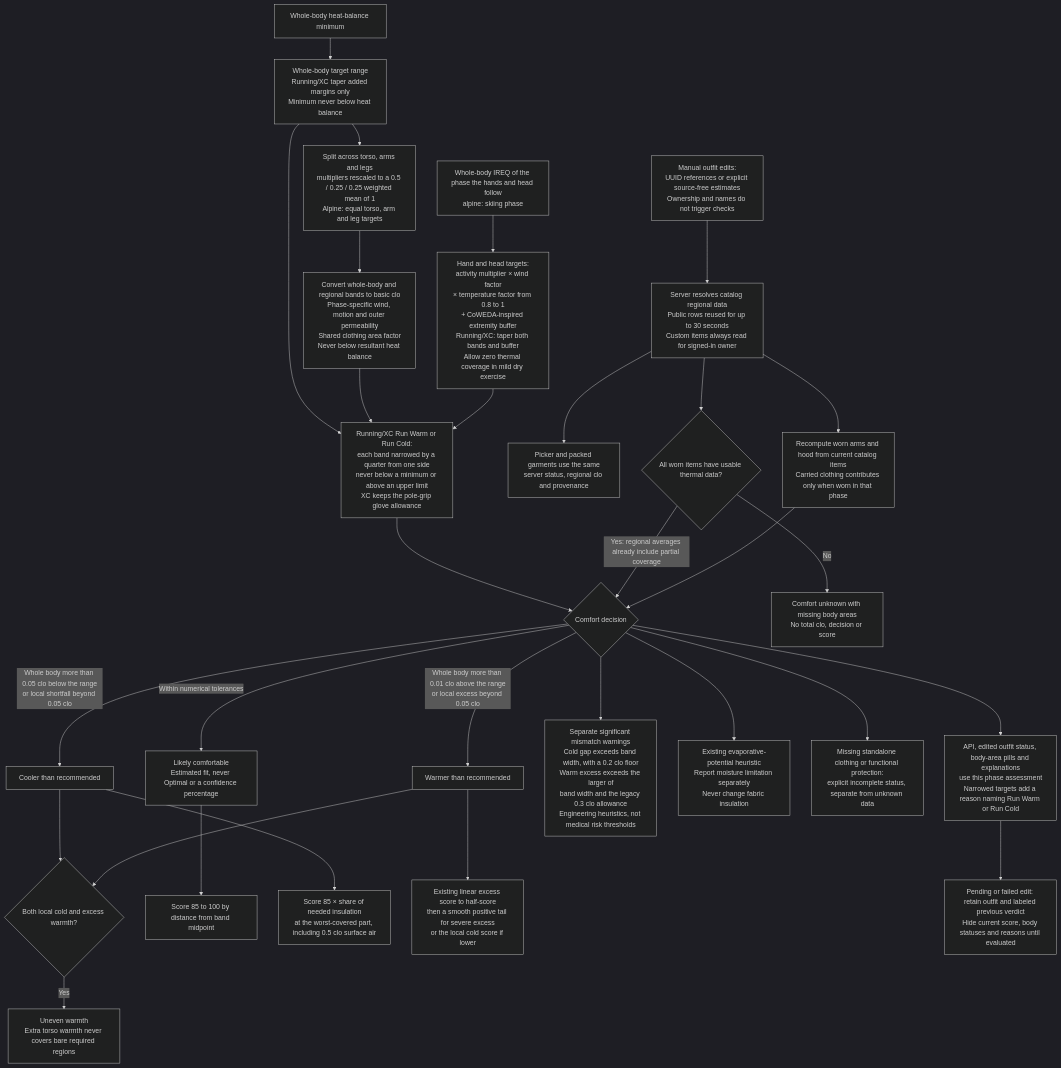
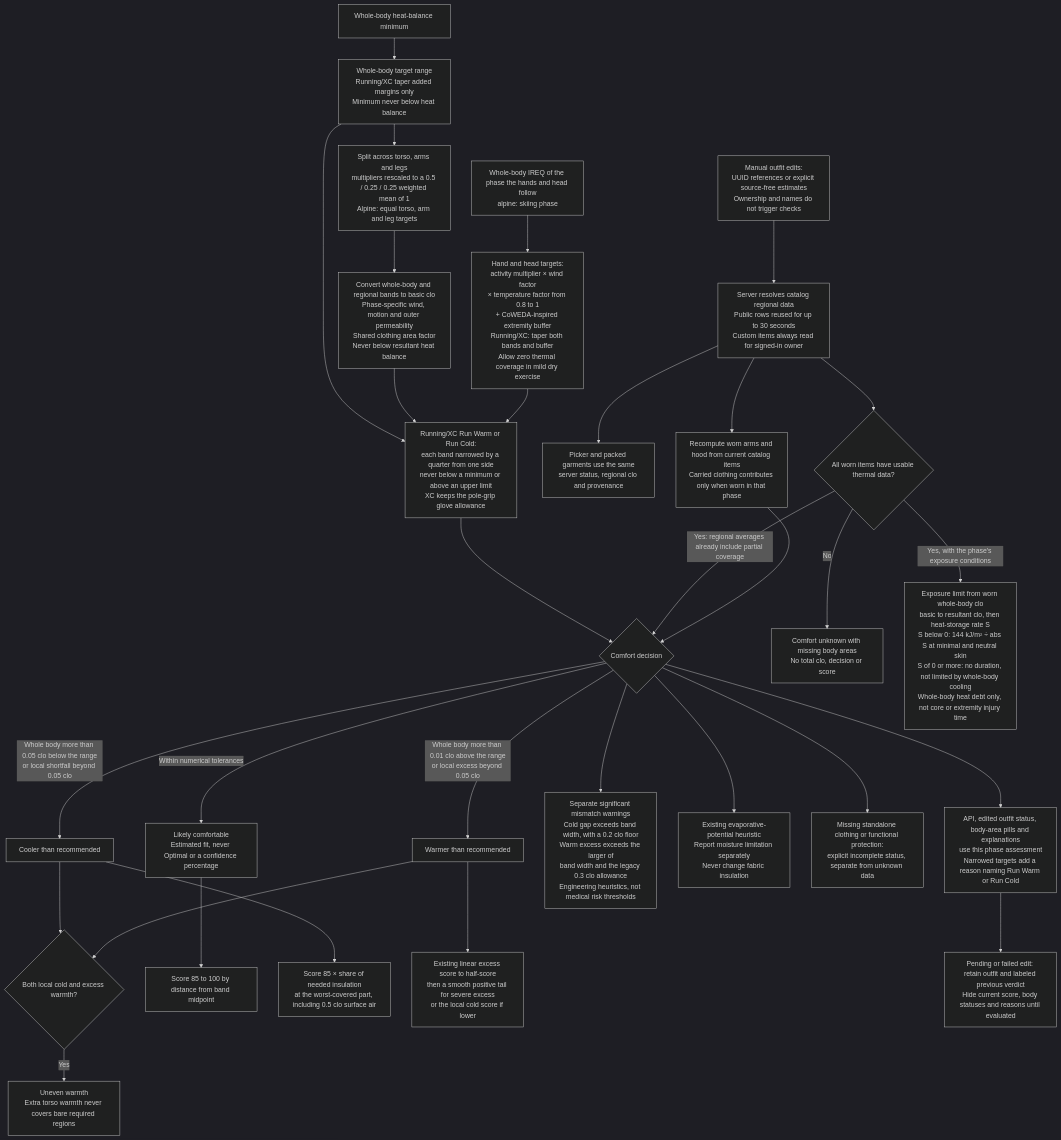
Before and after one commit to derobertsw/swttr: the seventh of 7 diagrams in README.md, drawn with Mermaid (dark theme). The commit also changed other lines of this file and 26 other files, not shown here.

````diff
--- a/README.md
+++ b/README.md
@@ -319,34 +323,35 @@
 ```mermaid
 graph TD
     BALANCE[Whole-body heat-balance minimum] --> RANGE[Whole-body target range<br/>Running/XC taper added margins only<br/>Minimum never below heat balance]
     RANGE --> SPLIT[Split across torso, arms and legs<br/>multipliers rescaled to a 0.5 / 0.25 / 0.25 weighted mean of 1<br/>Alpine: equal torso, arm and leg targets]
     SPLIT --> REG[Convert whole-body and regional bands to basic clo<br/>Phase-specific wind, motion and outer permeability<br/>Shared clothing area factor<br/>Never below resultant heat balance]
     PIREQ[Whole-body IREQ of the phase the hands and head follow<br/>alpine: skiing phase] --> EXT[Hand and head targets:<br/>activity multiplier × wind factor<br/>× temperature factor from 0.8 to 1<br/>+ CoWEDA-inspired extremity buffer<br/>Running/XC: taper both bands and buffer<br/>Allow zero thermal coverage in mild dry exercise]
 
     RANGE --> PREFBAND[Running/XC Run Warm or Run Cold:<br/>each band narrowed by a quarter from one side<br/>never below a minimum or above an upper limit<br/>XC keeps the pole-grip glove allowance]
     REG --> PREFBAND
     EXT --> PREFBAND
     PREFBAND --> DEC{Comfort decision}
     EDIT[Manual outfit edits:<br/>UUID references or explicit source-free estimates<br/>Ownership and names do not trigger checks] --> LOOKUP[Server resolves catalog regional data<br/>Public rows reused for up to 30 seconds<br/>Custom items always read for signed-in owner]
     LOOKUP --> PICKER[Picker and packed garments use the same<br/>server status, regional clo and provenance]
     LOOKUP --> KNOWN{All worn items have usable thermal data?}
     KNOWN -->|Yes: regional averages already include partial coverage| DEC
     KNOWN -->|No| UNKNOWN[Comfort unknown with missing body areas<br/>No total clo, decision or score]
     DEC -->|Whole body more than 0.05 clo below the range<br/>or local shortfall beyond 0.05 clo| COLD[Cooler than recommended]
     DEC -->|Whole body more than 0.01 clo above the range<br/>or local excess beyond 0.05 clo| HOT[Warmer than recommended]
     COLD --> MIX{Both local cold and excess warmth?}
     HOT --> MIX
     MIX -->|Yes| UNEVEN[Uneven warmth<br/>Extra torso warmth never covers bare required regions]
     DEC -->|Within numerical tolerances| OK[Likely comfortable<br/>Estimated fit, never Optimal or a confidence percentage]
     DEC --> WARN[Separate significant mismatch warnings<br/>Cold gap exceeds band width, with a 0.2 clo floor<br/>Warm excess exceeds the larger of<br/>band width and the legacy 0.3 clo allowance<br/>Engineering heuristics, not medical risk thresholds]
+    KNOWN -->|Yes, with the phase's exposure conditions| EXPO[Exposure limit from worn whole-body clo<br/>basic to resultant clo, then heat-storage rate S<br/>S below 0: 144 kJ/m² ÷ abs S at minimal and neutral skin<br/>S of 0 or more: no duration, not limited by whole-body cooling<br/>Whole-body heat debt only, not core or extremity injury time]
     DEC --> MOISTURE[Existing evaporative-potential heuristic<br/>Report moisture limitation separately<br/>Never change fabric insulation]
     OK --> S1[Score 85 to 100 by distance from band midpoint]
     COLD --> S2[Score 85 × share of needed insulation<br/>at the worst-covered part, including 0.5 clo surface air]
     HOT --> S3[Existing linear excess score to half-score<br/>then a smooth positive tail for severe excess<br/>or the local cold score if lower]
     LOOKUP --> ACTUAL[Recompute worn arms and hood from current catalog items<br/>Carried clothing contributes only when worn in that phase]
     ACTUAL --> DEC
     DEC --> GAP[Missing standalone clothing or functional protection:<br/>explicit incomplete status, separate from unknown data]
     DEC --> UI[API, edited outfit status, body-area pills and explanations<br/>use this phase assessment<br/>Narrowed targets add a reason naming Run Warm or Run Cold]
     UI --> STALE[Pending or failed edit: retain outfit and labeled previous verdict<br/>Hide current score, body statuses and reasons until evaluated]
 
 ```
````
